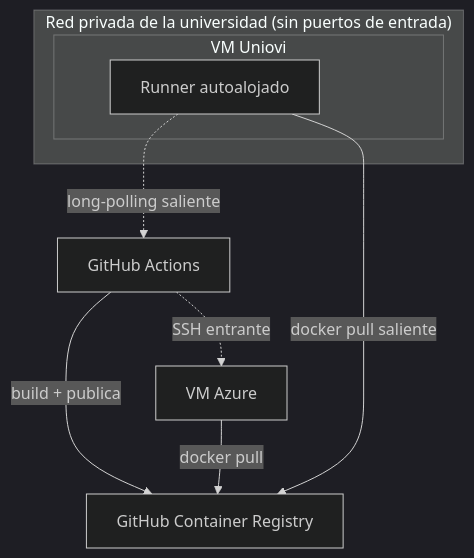
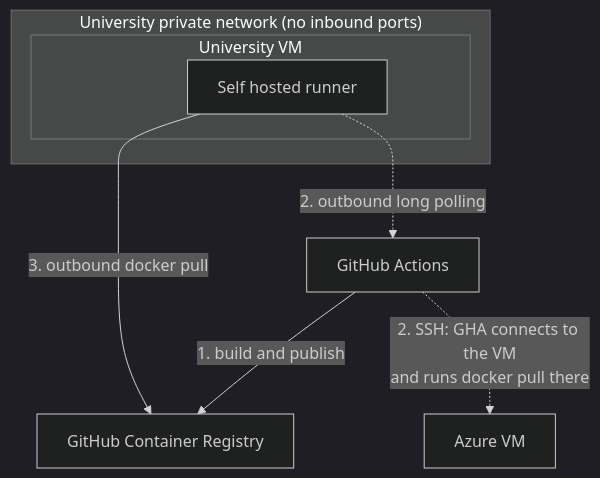
The seventh of 7 diagrams in docs/presentacion.md (Murias10/TeachingPlanner), drawn with Mermaid (dark theme) before and after one commit. The commit also changed other lines of this file and 2 other files, not shown here.

````diff
--- a/docs/presentacion.md
+++ b/docs/presentacion.md
@@ -366,18 +301,17 @@
 ```mermaid
 flowchart TB
     GHA["GitHub Actions"]
     GHCR["GitHub Container Registry"]
-    VMAzure["VM Azure"]
+    VMAzure["Azure VM"]
 
-    subgraph RedUni["Red privada de la universidad (sin puertos de entrada)"]
-        subgraph VMUni["VM Uniovi"]
-            Runner["Runner autoalojado"]
+    subgraph UniNet["University private network (no inbound ports)"]
+        subgraph UniVM["University VM"]
+            Runner["Self hosted runner"]
         end
     end
 
-    GHA -->|"build + publica"| GHCR
-    GHA -.->|"SSH entrante"| VMAzure
-    VMAzure -->|"docker pull"| GHCR
-    Runner -.->|"long-polling saliente"| GHA
-    Runner -->|"docker pull saliente"| GHCR
+    GHA -->|"1. build and publish"| GHCR
+    GHA -.->|"2. SSH: GHA connects to the VM<br/>and runs docker pull there"| VMAzure
+    Runner -.->|"2. outbound long polling"| GHA
+    Runner -->|"3. outbound docker pull"| GHCR
 ```
````
